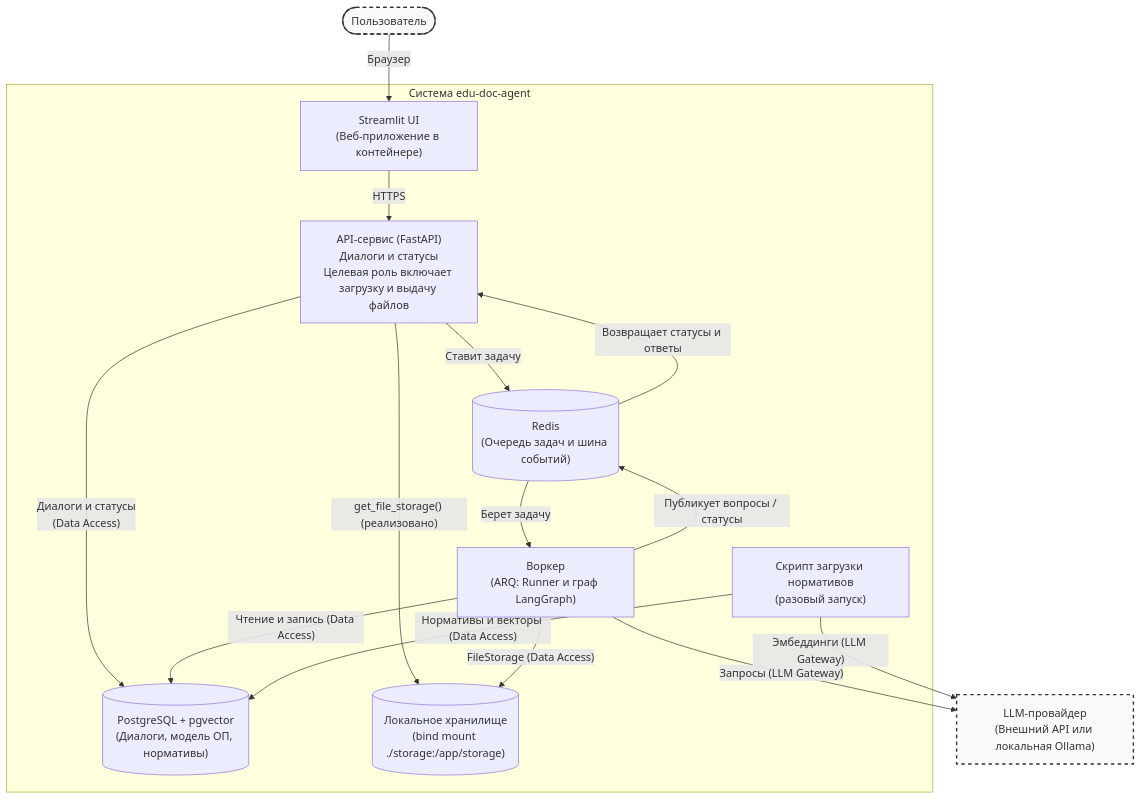
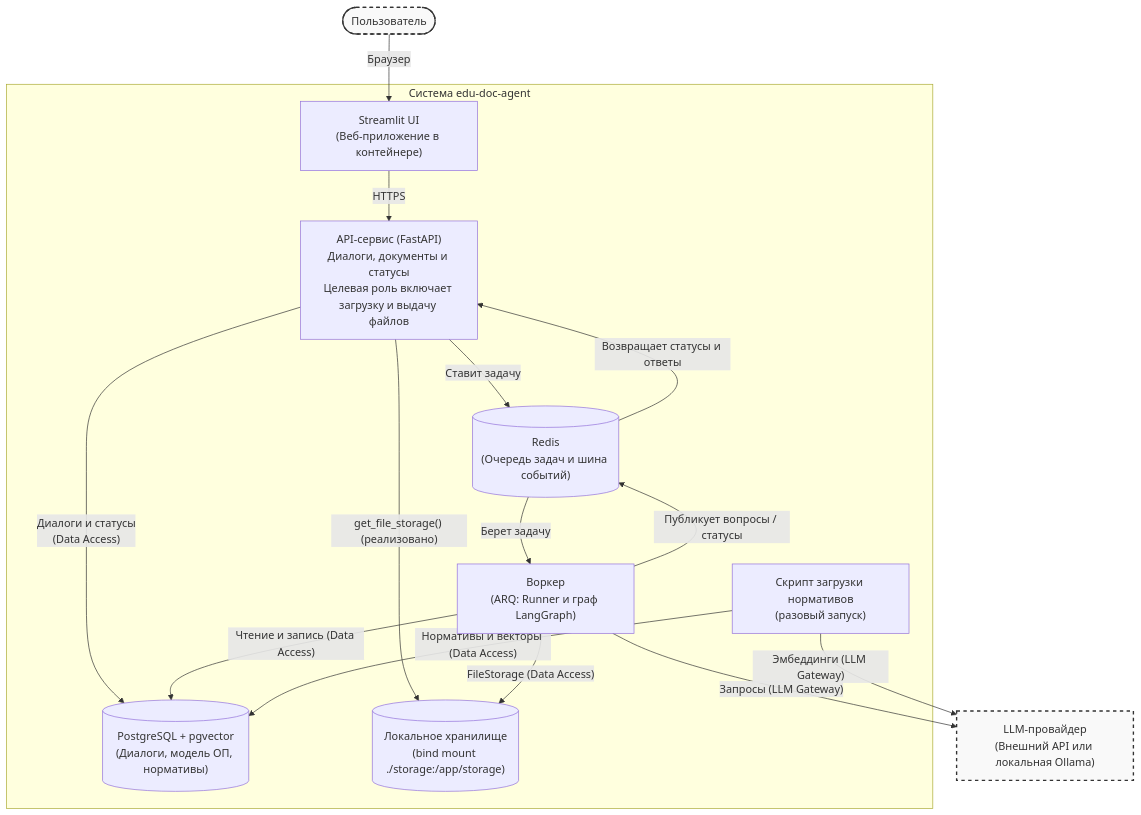
Before and after one commit to citec-spbu/edu-doc-agent: the second of 3 diagrams in docs/backend-architecture.md, drawn with Mermaid. The commit also changed other lines of this file and 25 other files, not shown here.

````diff
--- a/docs/backend-architecture.md
+++ b/docs/backend-architecture.md
@@ -59,37 +59,37 @@
 ```mermaid
 flowchart TB
     USER(["Пользователь"])
 
     subgraph System ["Система edu-doc-agent"]
         UI["Streamlit UI<br/>(Веб-приложение в контейнере)"]
-        API["API-сервис (FastAPI)<br/>Диалоги и статусы<br/>Целевая роль включает загрузку и выдачу файлов"]
+        API["API-сервис (FastAPI)<br/>Диалоги, документы и статусы<br/>Целевая роль включает загрузку и выдачу файлов"]
         REDIS[("Redis<br/>(Очередь задач и шина событий)")]
 
         WORKER["Воркер<br/>(ARQ: Runner и граф LangGraph)"]
         SEED["Скрипт загрузки нормативов<br/>(разовый запуск)"]
 
         DB[("PostgreSQL + pgvector<br/>(Диалоги, модель ОП, нормативы)")]
         FS[("Локальное хранилище<br/>(bind mount ./storage:/app/storage)")]
     end
 
     LLM["LLM-провайдер<br/>(Внешний API или локальная Ollama)"]
 
     USER -- "Браузер" --> UI
     UI -- "HTTPS" --> API
     API -- "Ставит задачу" --> REDIS
     REDIS -- "Берет задачу" --> WORKER
     WORKER -- "Публикует вопросы / статусы" --> REDIS
     REDIS -- "Возвращает статусы и ответы" --> API
 
     API -- "get_file_storage() (реализовано)" --> FS
     API -- "Диалоги и статусы<br/>(Data Access)" --> DB
     WORKER -- "Чтение и запись (Data Access)" --> DB
     WORKER -- "FileStorage (Data Access)" --> FS
     WORKER -- "Запросы (LLM Gateway)" --> LLM
     SEED -- "Нормативы и векторы (Data Access)" --> DB
     SEED -- "Эмбеддинги (LLM Gateway)" --> LLM
 
     classDef external fill:#f9f9f9,stroke:#333,stroke-width:2px,stroke-dasharray: 5 5;
     class USER,LLM external;
 
 ```
````
